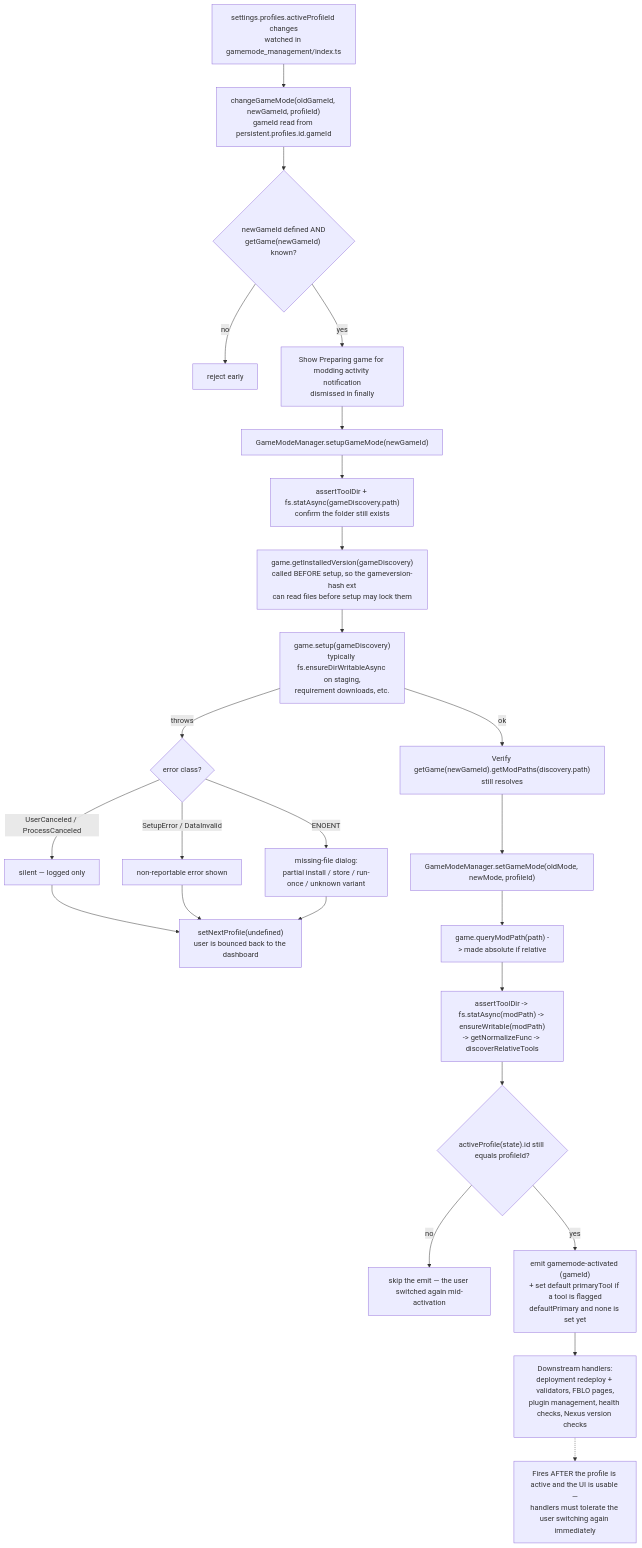
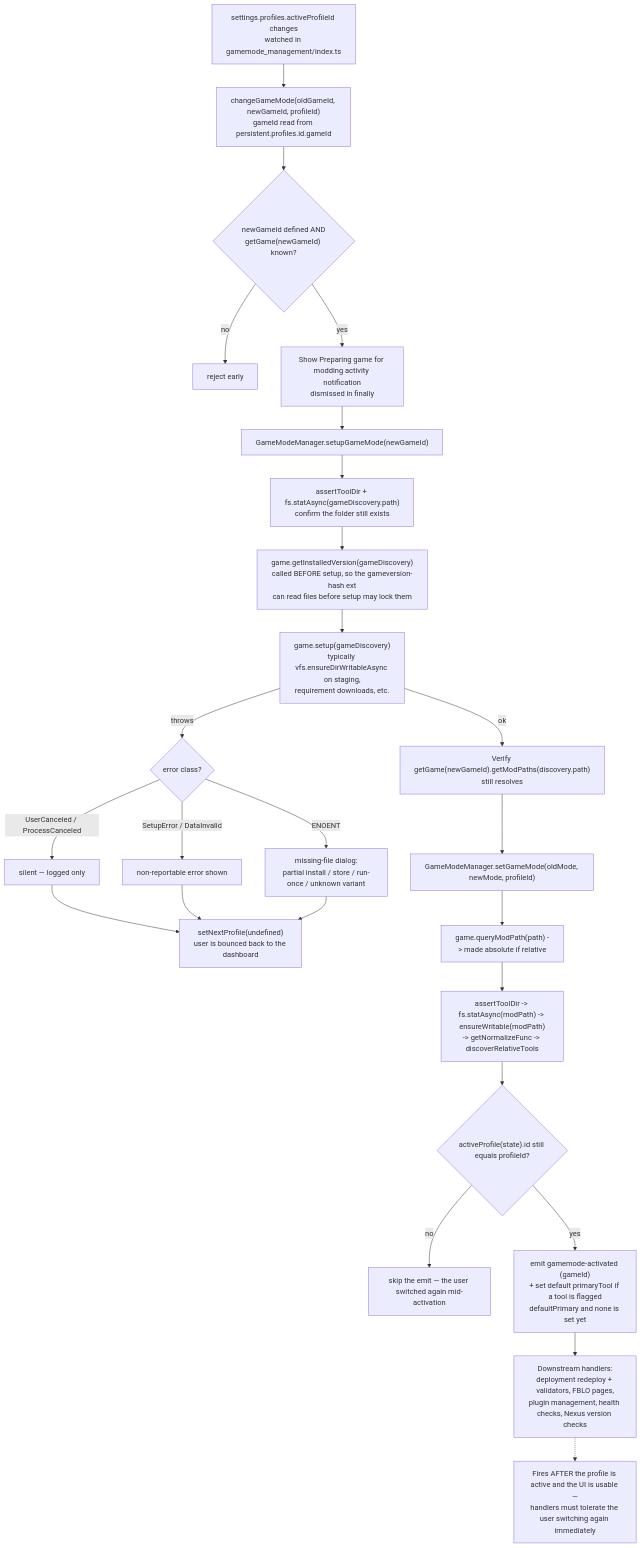
Diagram 11 of 13 in resources/VORTEX_FLOWCHARTS.md (ChemGuy1611/ChemBoy1-Vortex-Games), drawn with Mermaid before and after one commit. The commit also changed 291 other files, not shown here.

````diff
--- a/resources/VORTEX_FLOWCHARTS.md
+++ b/resources/VORTEX_FLOWCHARTS.md
@@ -335,34 +335,34 @@
 ```mermaid
 flowchart TD
     A["settings.profiles.activeProfileId changes<br/>watched in gamemode_management/index.ts"] --> B["changeGameMode(oldGameId, newGameId, profileId)<br/>gameId read from persistent.profiles.id.gameId"]
 
     B --> C{"newGameId defined AND<br/>getGame(newGameId) known?"}
     C -- "no" --> REJ["reject early"]
     C -- "yes" --> N["Show Preparing game for modding activity notification<br/>dismissed in finally"]
 
     N --> SG["GameModeManager.setupGameMode(newGameId)"]
     SG --> SG1["assertToolDir + fs.statAsync(gameDiscovery.path)<br/>confirm the folder still exists"]
     SG1 --> SG2["game.getInstalledVersion(gameDiscovery)<br/>called BEFORE setup, so the gameversion-hash ext<br/>can read files before setup may lock them"]
-    SG2 --> SG3["game.setup(gameDiscovery)<br/>typically fs.ensureDirWritableAsync on staging,<br/>requirement downloads, etc."]
+    SG2 --> SG3["game.setup(gameDiscovery)<br/>typically vfs.ensureDirWritableAsync on staging,<br/>requirement downloads, etc."]
 
     SG3 -- "throws" --> FAIL{"error class?"}
     FAIL -- "UserCanceled / ProcessCanceled" --> F1["silent — logged only"]
     FAIL -- "SetupError / DataInvalid" --> F2["non-reportable error shown"]
     FAIL -- "ENOENT" --> F3["missing-file dialog:<br/>partial install / store / run-once / unknown variant"]
     F1 --> BOUNCE
     F2 --> BOUNCE
     F3 --> BOUNCE
     BOUNCE["setNextProfile(undefined)<br/>user is bounced back to the dashboard"]
 
     SG3 -- "ok" --> MP["Verify getGame(newGameId).getModPaths(discovery.path)<br/>still resolves"]
     MP --> SM["GameModeManager.setGameMode(oldMode, newMode, profileId)"]
     SM --> SM1["game.queryModPath(path) -> made absolute if relative"]
     SM1 --> SM2["assertToolDir -> fs.statAsync(modPath) -> ensureWritable(modPath)<br/>-> getNormalizeFunc -> discoverRelativeTools"]
 
     SM2 --> STILL{"activeProfile(state).id still equals profileId?"}
     STILL -- "no" --> ABORT["skip the emit — the user switched again mid-activation"]
     STILL -- "yes" --> EMIT["emit gamemode-activated (gameId)<br/>+ set default primaryTool if a tool is flagged<br/>defaultPrimary and none is set yet"]
 
     EMIT --> DOWN["Downstream handlers:<br/>deployment redeploy + validators, FBLO pages,<br/>plugin management, health checks, Nexus version checks"]
     DOWN -.-> TOL["Fires AFTER the profile is active and the UI is usable —<br/>handlers must tolerate the user switching again immediately"]
 ```
````
